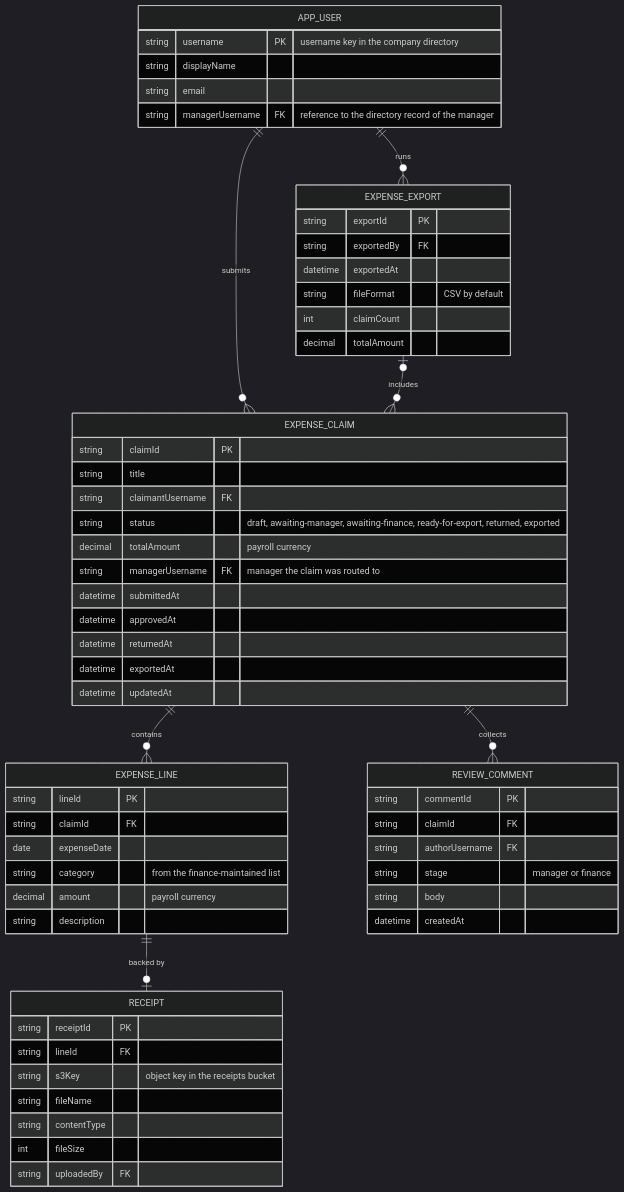
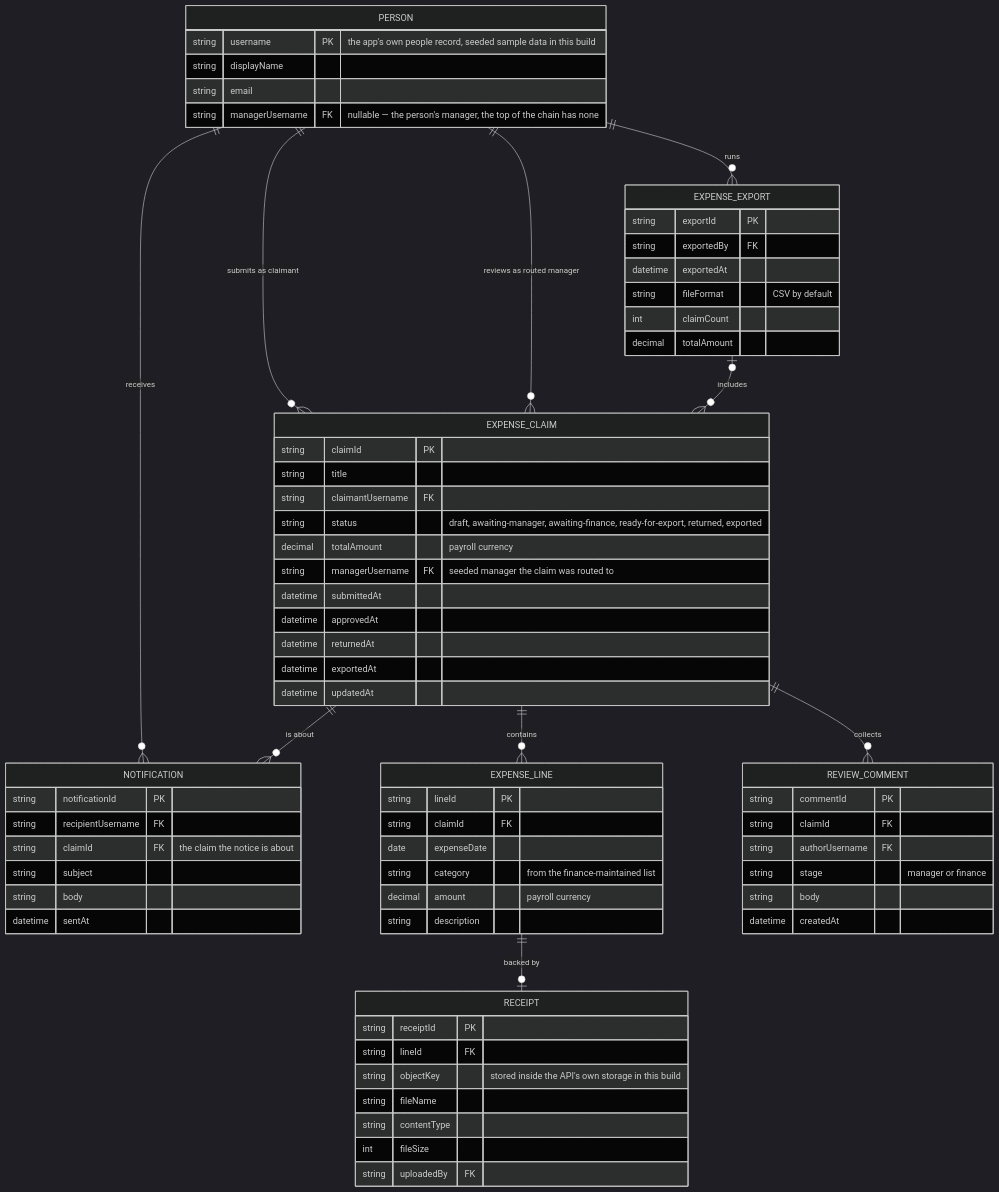
One commit to asdlc-repos/employees-submit-expense23112 changed the diagram in specs/design/domain-model.md. Above: the diagram before and after it, drawn with Mermaid (dark theme). The commit also changed other lines of this file and 12 other files, not shown here.

````diff
--- a/specs/design/domain-model.md
+++ b/specs/design/domain-model.md
@@ -5,62 +5,73 @@
 ```mermaid
 erDiagram
-    APP_USER ||--o{ EXPENSE_CLAIM : submits
+    PERSON ||--o{ EXPENSE_CLAIM : "submits as claimant"
+    PERSON ||--o{ EXPENSE_CLAIM : "reviews as routed manager"
+    PERSON ||--o{ EXPENSE_EXPORT : runs
+    PERSON ||--o{ NOTIFICATION : receives
     EXPENSE_CLAIM ||--o{ EXPENSE_LINE : contains
     EXPENSE_LINE ||--o| RECEIPT : "backed by"
     EXPENSE_CLAIM ||--o{ REVIEW_COMMENT : "collects"
+    EXPENSE_CLAIM ||--o{ NOTIFICATION : "is about"
     EXPENSE_EXPORT |o--o{ EXPENSE_CLAIM : includes
-    APP_USER ||--o{ EXPENSE_EXPORT : runs
 
-    APP_USER {
-        string username PK "username key in the company directory"
+    PERSON {
+        string username PK "the app's own people record, seeded sample data in this build"
         string displayName
         string email
-        string managerUsername FK "reference to the directory record of the manager"
+        string managerUsername FK "nullable — the person's manager, the top of the chain has none"
     }
     EXPENSE_CLAIM {
         string claimId PK
         string title
         string claimantUsername FK
         string status "draft, awaiting-manager, awaiting-finance, ready-for-export, returned, exported"
         decimal totalAmount "payroll currency"
-        string managerUsername FK "manager the claim was routed to"
+        string managerUsername FK "seeded manager the claim was routed to"
         datetime submittedAt
         datetime approvedAt
         datetime returnedAt
         datetime exportedAt
         datetime updatedAt
     }
     EXPENSE_LINE {
         string lineId PK
         string claimId FK
         date expenseDate
         string category "from the finance-maintained list"
         decimal amount "payroll currency"
         string description
     }
     RECEIPT {
         string receiptId PK
         string lineId FK
-        string s3Key "object key in the receipts bucket"
+        string objectKey "stored inside the API's own storage in this build"
         string fileName
         string contentType
         int fileSize
         string uploadedBy FK
     }
     REVIEW_COMMENT {
         string commentId PK
         string claimId FK
         string authorUsername FK
         string stage "manager or finance"
         string body
         datetime createdAt
     }
     EXPENSE_EXPORT {
         string exportId PK
         string exportedBy FK
         datetime exportedAt
         string fileFormat "CSV by default"
         int claimCount
         decimal totalAmount
     }
+    NOTIFICATION {
+        string notificationId PK
+        string recipientUsername FK
+        string claimId FK "the claim the notice is about"
+        string subject
+        string body
+        datetime sentAt
+    }
 ```
````
